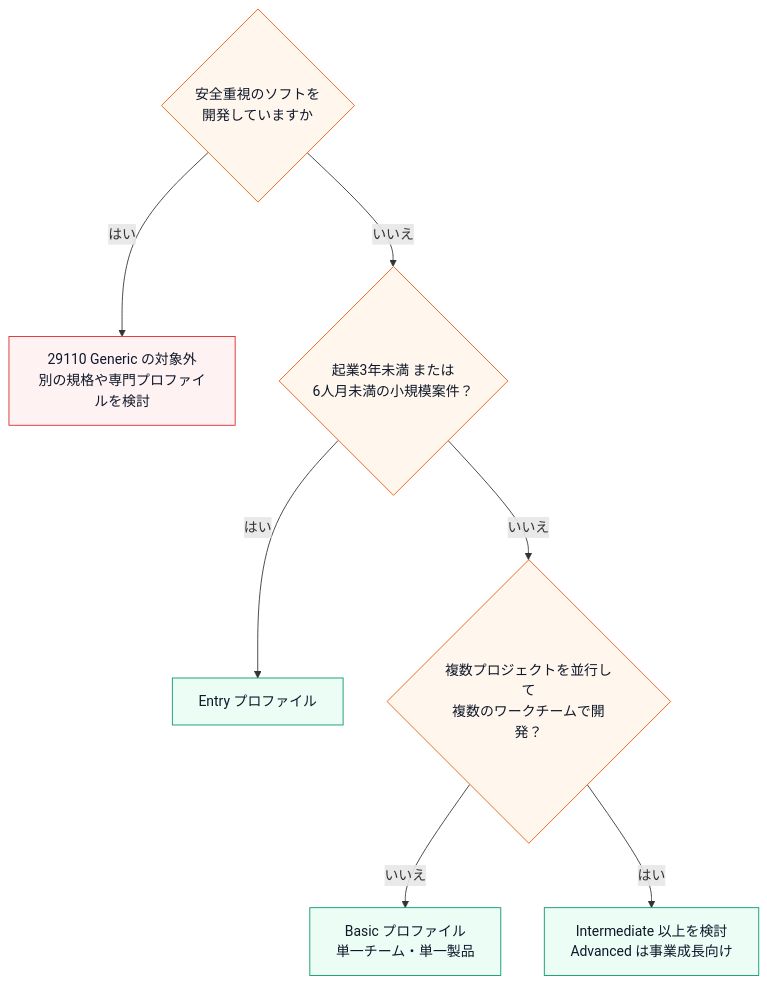
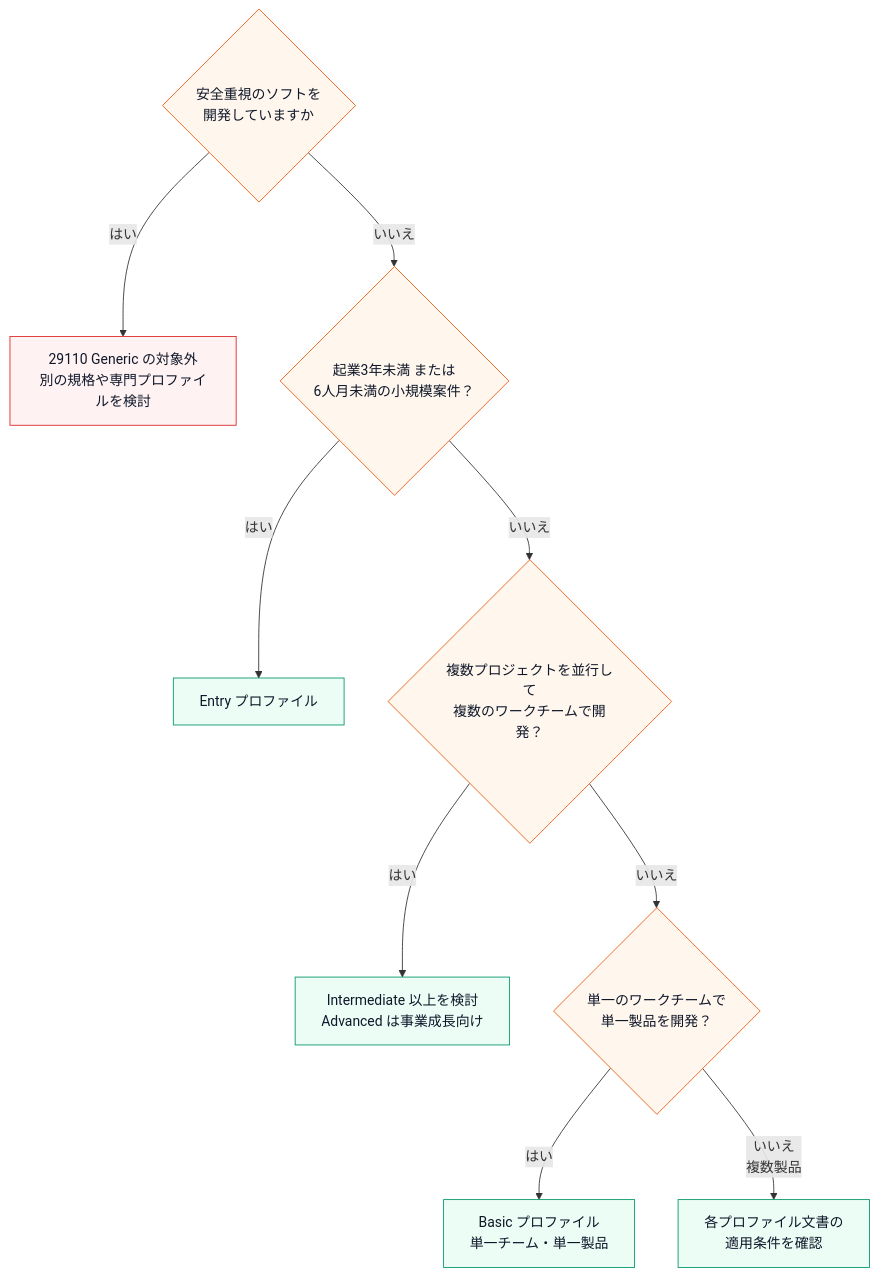
One commit to myoshi2891/Quality-Assurance-Studies changed the seventh of 12 diagrams in Iso-iec-29110-1-1-2024-guide.md. Above: the diagram before and after it, drawn with Mermaid. The commit also changed other lines of this file, not shown here.

````diff
--- a/Iso-iec-29110-1-1-2024-guide.md
+++ b/Iso-iec-29110-1-1-2024-guide.md
@@ -366,22 +370,26 @@
 ```mermaid
 flowchart TB
     SEL1{"安全重視のソフトを<br/>開発していますか"}
     SEL2["29110 Generic の対象外<br/>別の規格や専門プロファイルを検討"]
     SEL3{"起業3年未満 または<br/>6人月未満の小規模案件？"}
     SEL4["Entry プロファイル"]
     SEL5{"複数プロジェクトを並行して<br/>複数のワークチームで開発？"}
     SEL6["Basic プロファイル<br/>単一チーム・単一製品"]
     SEL7["Intermediate 以上を検討<br/>Advanced は事業成長向け"]
+    SEL8{"単一のワークチームで<br/>単一製品を開発？"}
+    SEL9["各プロファイル文書の<br/>適用条件を確認"]
     SEL1 -->|"はい"| SEL2
     SEL1 -->|"いいえ"| SEL3
     SEL3 -->|"はい"| SEL4
     SEL3 -->|"いいえ"| SEL5
-    SEL5 -->|"いいえ"| SEL6
+    SEL5 -->|"いいえ"| SEL8
     SEL5 -->|"はい"| SEL7
+    SEL8 -->|"はい"| SEL6
+    SEL8 -->|"いいえ<br/>複数製品"| SEL9
     classDef q fill:#fff7ed,stroke:#ea580c,color:#0f172a
     classDef a fill:#ecfdf5,stroke:#059669,color:#0f172a
     classDef x fill:#fef2f2,stroke:#dc2626,color:#0f172a
-    class SEL1,SEL3,SEL5 q
-    class SEL4,SEL6,SEL7 a
+    class SEL1,SEL3,SEL5,SEL8 q
+    class SEL4,SEL6,SEL7,SEL9 a
     class SEL2 x
 ```
````
